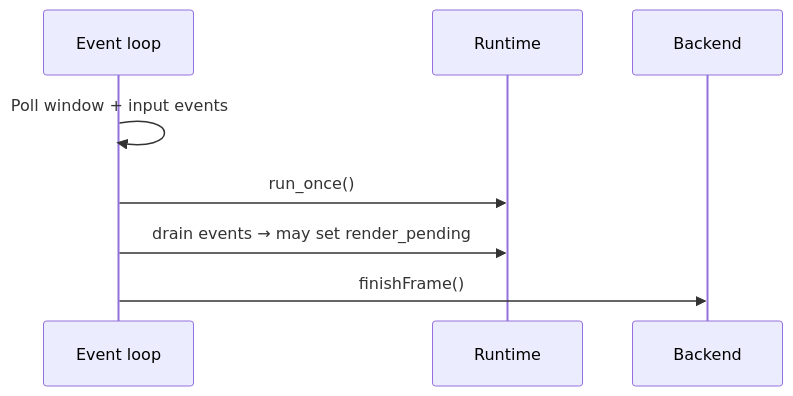
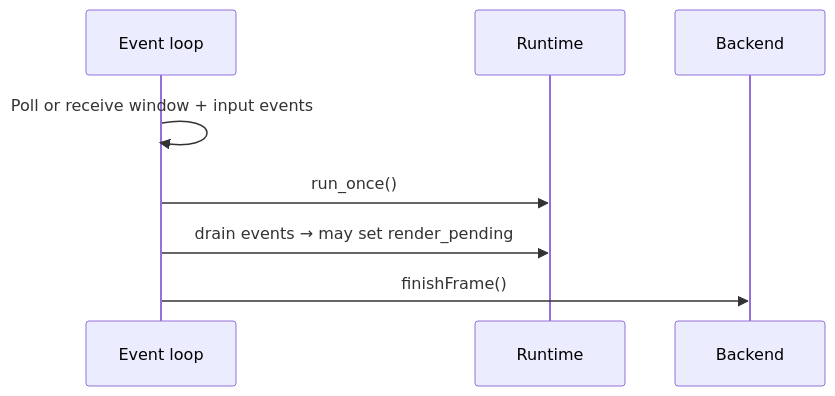
One commit to maplibre/maplibre-native-ffi changed the second of 3 diagrams in docs/src/content/docs/development/map-example-specification.md. Above: the diagram before and after it, drawn with Mermaid. The commit also changed other lines of this file, not shown here.

````diff
--- a/docs/src/content/docs/development/map-example-specification.md
+++ b/docs/src/content/docs/development/map-example-specification.md
@@ -252,11 +238,11 @@
 ```mermaid
 sequenceDiagram
   participant EL as Event loop
   participant RT as Runtime
   participant BE as Backend
 
-  EL->>EL: Poll window + input events
+  EL->>EL: Poll or receive window + input events
   EL->>RT: run_once()
   EL->>RT: drain events → may set render_pending
   EL->>BE: finishFrame()
 ```
````
